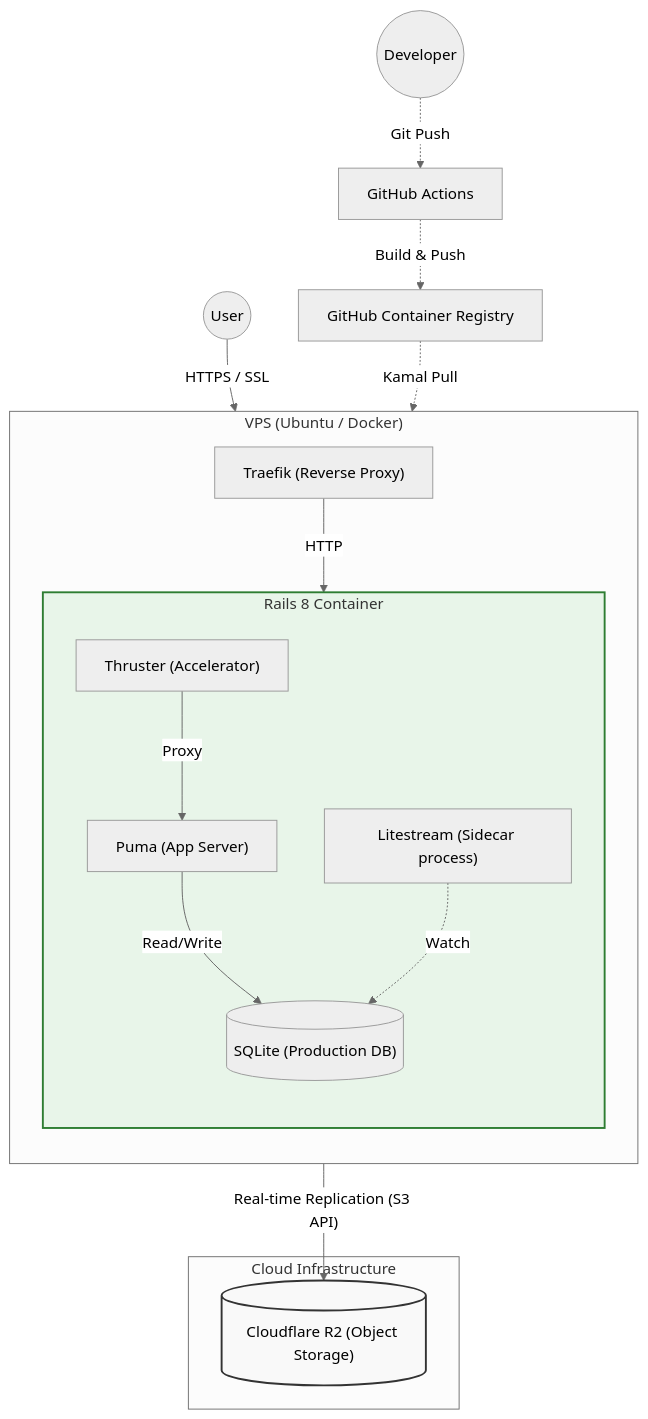
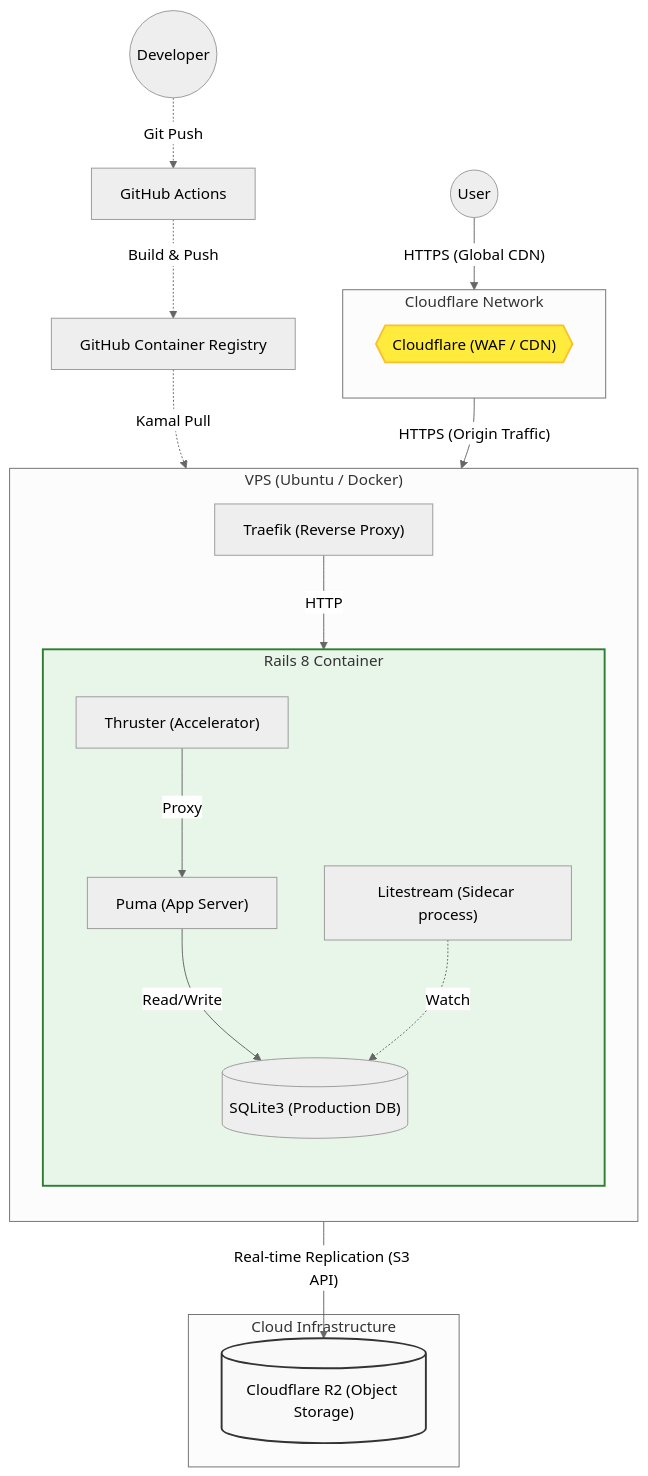
The second of 2 diagrams in README.md (php8-study/php8-study-app), drawn with Mermaid (neutral theme) before and after one commit. The commit also changed other lines of this file, not shown here.

Commit message:
READMEを更新

````diff
--- a/README.md
+++ b/README.md
@@ -204,34 +205,42 @@
 ```mermaid
 graph TD
     classDef cloud fill:#f9f9f9,stroke:#333,stroke-width:2px;
+    classDef cf fill:#ffeb3b,stroke:#fbc02d,stroke-width:2px;
     classDef storage fill:#e1f5fe,stroke:#0277bd,stroke-width:2px;
     classDef app fill:#e8f5e9,stroke:#2e7d32,stroke-width:2px;
 
-    User((User)) -->|"HTTPS / SSL"| Traefik
+    User((User)) -->|"HTTPS (Global CDN)"| Cloudflare
+
+    subgraph Security ["Cloudflare Network"]
+        direction TB
+        Cloudflare{{"Cloudflare (WAF / CDN)"}}:::cf
+    end
+
+    Cloudflare -->|"HTTPS (Origin Traffic)"| Traefik
 
     subgraph VPS ["VPS (Ubuntu / Docker)"]
         direction TB
         Traefik["Traefik (Reverse Proxy)"] -->|HTTP| Thruster
 
         subgraph AppContainer ["Rails 8 Container"]
             direction TB
             Thruster["Thruster (Accelerator)"] -->|Proxy| Puma["Puma (App Server)"]
-            Puma -->|"Read/Write"| SQLite[("SQLite (Production DB)")]
-
+            Puma -->|"Read/Write"| SQLite[("SQLite3 (Production DB)")]
+            
             Litestream["Litestream (Sidecar process)"] -.->|Watch| SQLite
         end
     end
 
     subgraph Cloud ["Cloud Infrastructure"]
         R2[("Cloudflare R2 (Object Storage)")]:::storage
     end
 
     Litestream -->|"Real-time Replication (S3 API)"| R2
 
     Dev((Developer)) -.->|"Git Push"| GitHub["GitHub Actions"]
     GitHub -.->|"Build & Push"| Registry["GitHub Container Registry"]
     Registry -.->|"Kamal Pull"| VPS
 
     class R2 cloud
     class AppContainer app
 ```
````
